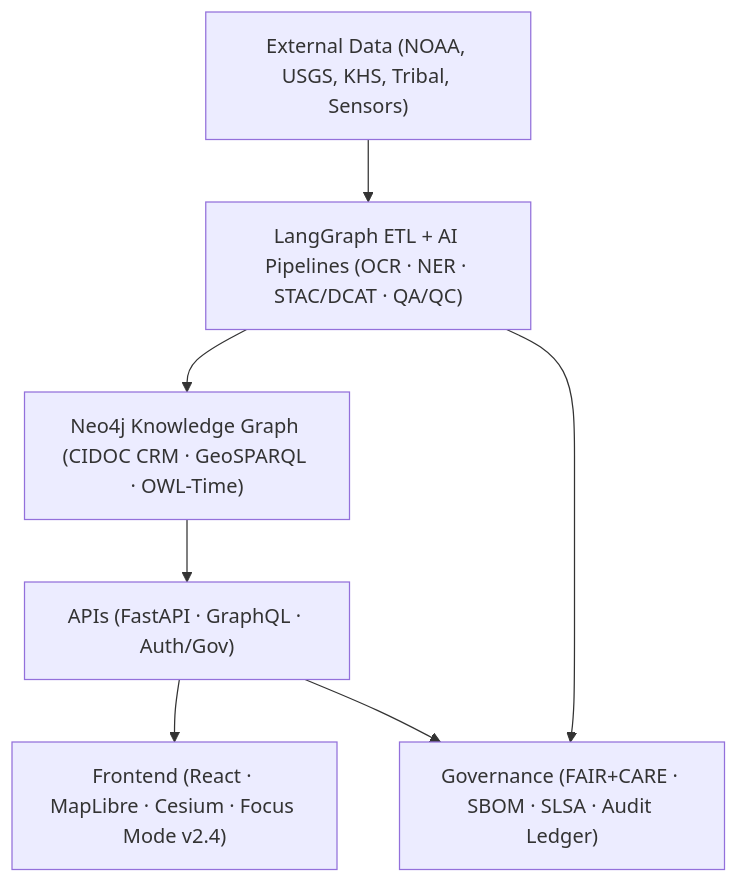
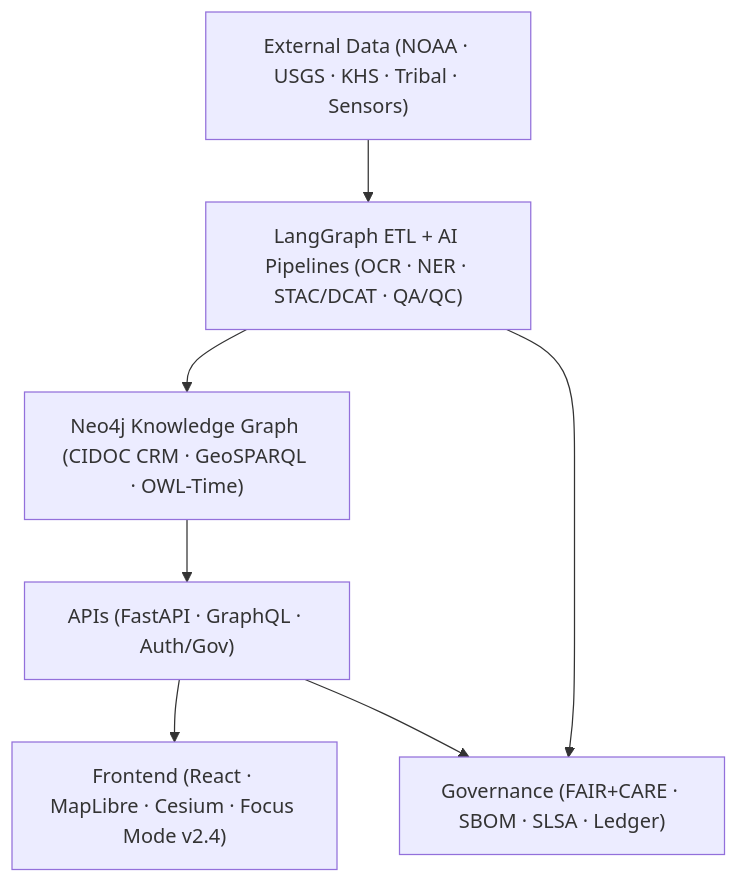
One commit to bartytime4life/Kansas-Frontier-Matrix changed the diagram in README.md. Above: the diagram before and after it, drawn with Mermaid. The commit also changed other lines of this file, not shown here.

````diff
--- a/README.md
+++ b/README.md
@@ -85,13 +82,13 @@
-```mermaid
+~~~~~mermaid
 flowchart TD
-  A["External Data (NOAA, USGS, KHS, Tribal, Sensors)"]
+  A["External Data (NOAA · USGS · KHS · Tribal · Sensors)"]
   B["LangGraph ETL + AI Pipelines (OCR · NER · STAC/DCAT · QA/QC)"]
   C["Neo4j Knowledge Graph (CIDOC CRM · GeoSPARQL · OWL-Time)"]
   D["APIs (FastAPI · GraphQL · Auth/Gov)"]
   E["Frontend (React · MapLibre · Cesium · Focus Mode v2.4)"]
-  F["Governance (FAIR+CARE · SBOM · SLSA · Audit Ledger)"]
+  F["Governance (FAIR+CARE · SBOM · SLSA · Ledger)"]
 
   A --> B --> C --> D --> E
   B --> F
   D --> F
-```
+~~~~~
````
